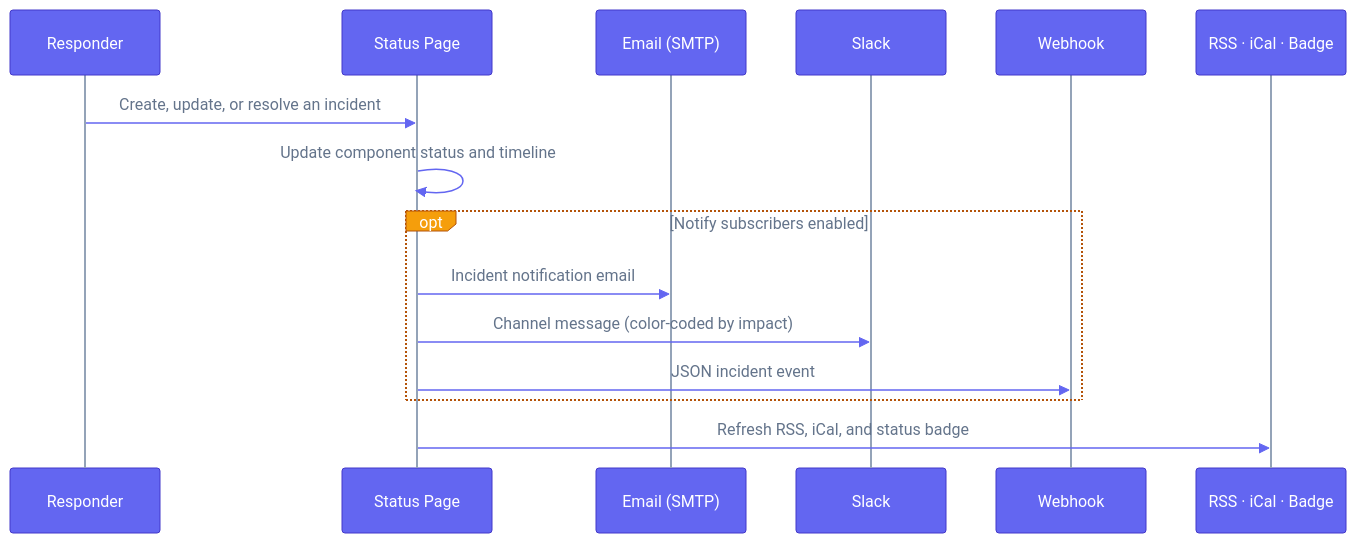
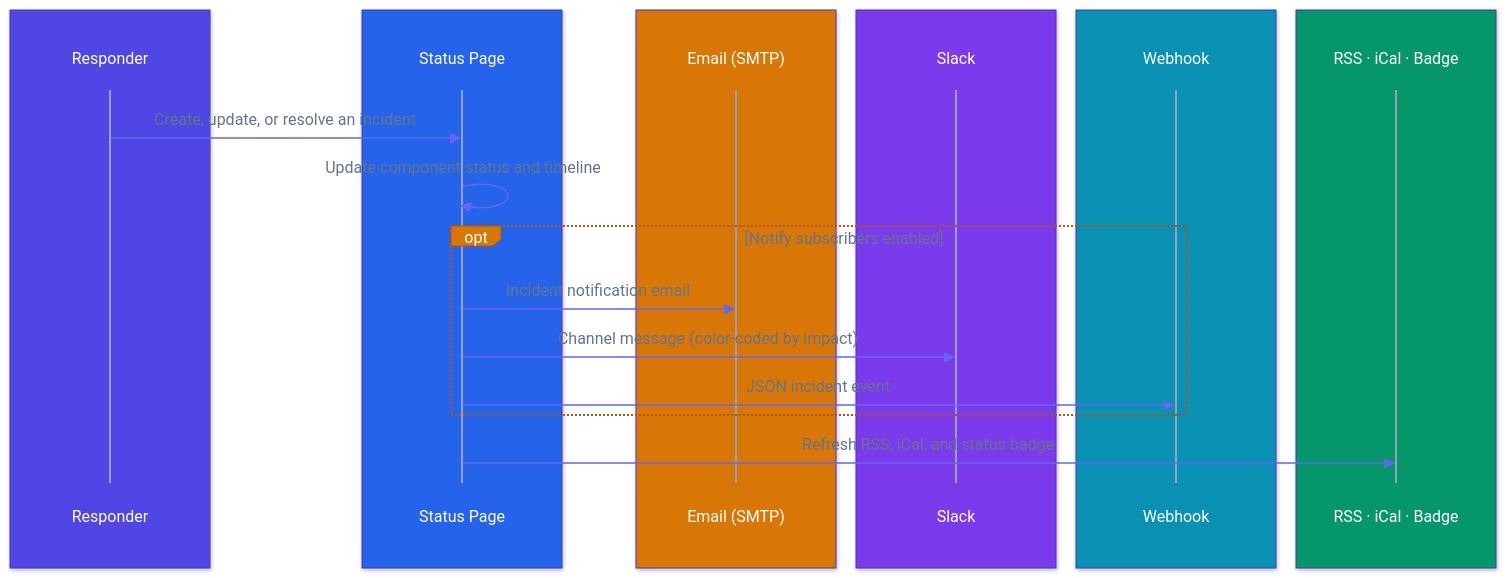
One commit to supercheck-io/supercheck changed the second of 3 diagrams in docs/content/docs/app/communicate/status-pages.mdx. Above: the diagram before and after it, drawn with Mermaid. The commit also changed 14 other files, not shown here.

First line of the commit message:
docs: reorganize architecture diagram and add color to sequence diagrams

````diff
--- a/docs/content/docs/app/communicate/status-pages.mdx
+++ b/docs/content/docs/app/communicate/status-pages.mdx
@@ -339,19 +339,31 @@
 ```mermaid
-%%{init: {"theme":"base","themeVariables":{"fontFamily":"ui-sans-serif, system-ui, -apple-system, Segoe UI, Roboto, sans-serif","primaryColor":"#6366f1","primaryTextColor":"#ffffff","primaryBorderColor":"#4338ca","lineColor":"#94a3b8","actorBkg":"#6366f1","actorBorder":"#4338ca","actorTextColor":"#ffffff","actorLineColor":"#94a3b8","signalColor":"#6366f1","signalTextColor":"#64748b","labelBoxBkgColor":"#f59e0b","labelBoxBorderColor":"#b45309","labelTextColor":"#ffffff","loopTextColor":"#64748b","activationBkgColor":"#8b5cf6","activationBorderColor":"#6d28d9","noteBkgColor":"#f59e0b","noteBorderColor":"#b45309","noteTextColor":"#ffffff","textColor":"#64748b","mainBkg":"#ffffff"}}}%%
+%%{init: {"theme":"base","themeVariables":{"fontFamily":"ui-sans-serif, system-ui, -apple-system, Segoe UI, Roboto, sans-serif","primaryColor":"#6366f1","primaryTextColor":"#ffffff","primaryBorderColor":"#4338ca","lineColor":"#94a3b8","actorBkg":"transparent","actorBorder":"transparent","actorTextColor":"#ffffff","actorLineColor":"#94a3b8","signalColor":"#6366f1","signalTextColor":"#64748b","labelBoxBkgColor":"#d97706","labelBoxBorderColor":"#b45309","labelTextColor":"#ffffff","loopTextColor":"#64748b","activationBkgColor":"#7c3aed","activationBorderColor":"#6d28d9","noteBkgColor":"#d97706","noteBorderColor":"#b45309","noteTextColor":"#ffffff","textColor":"#64748b","mainBkg":"#ffffff"}}}%%
 sequenceDiagram
-    participant Team as Responder
-    participant Page as Status Page
-    participant Email as Email (SMTP)
-    participant Slack as Slack
-    participant Hook as Webhook
-    participant Feed as RSS · iCal · Badge
+    box rgb(79,70,229)
+        participant Team as Responder
+    end
+    box rgb(37,99,235)
+        participant Page as Status Page
+    end
+    box rgb(217,119,6)
+        participant Email as Email (SMTP)
+    end
+    box rgb(124,58,237)
+        participant Slack as Slack
+    end
+    box rgb(8,145,178)
+        participant Hook as Webhook
+    end
+    box rgb(5,150,105)
+        participant Feed as RSS · iCal · Badge
+    end
 
     Team->>Page: Create, update, or resolve an incident
     Page->>Page: Update component status and timeline
     opt Notify subscribers enabled
         Page->>Email: Incident notification email
         Page->>Slack: Channel message (color-coded by impact)
         Page->>Hook: JSON incident event
     end
     Page->>Feed: Refresh RSS, iCal, and status badge
 ```
````
